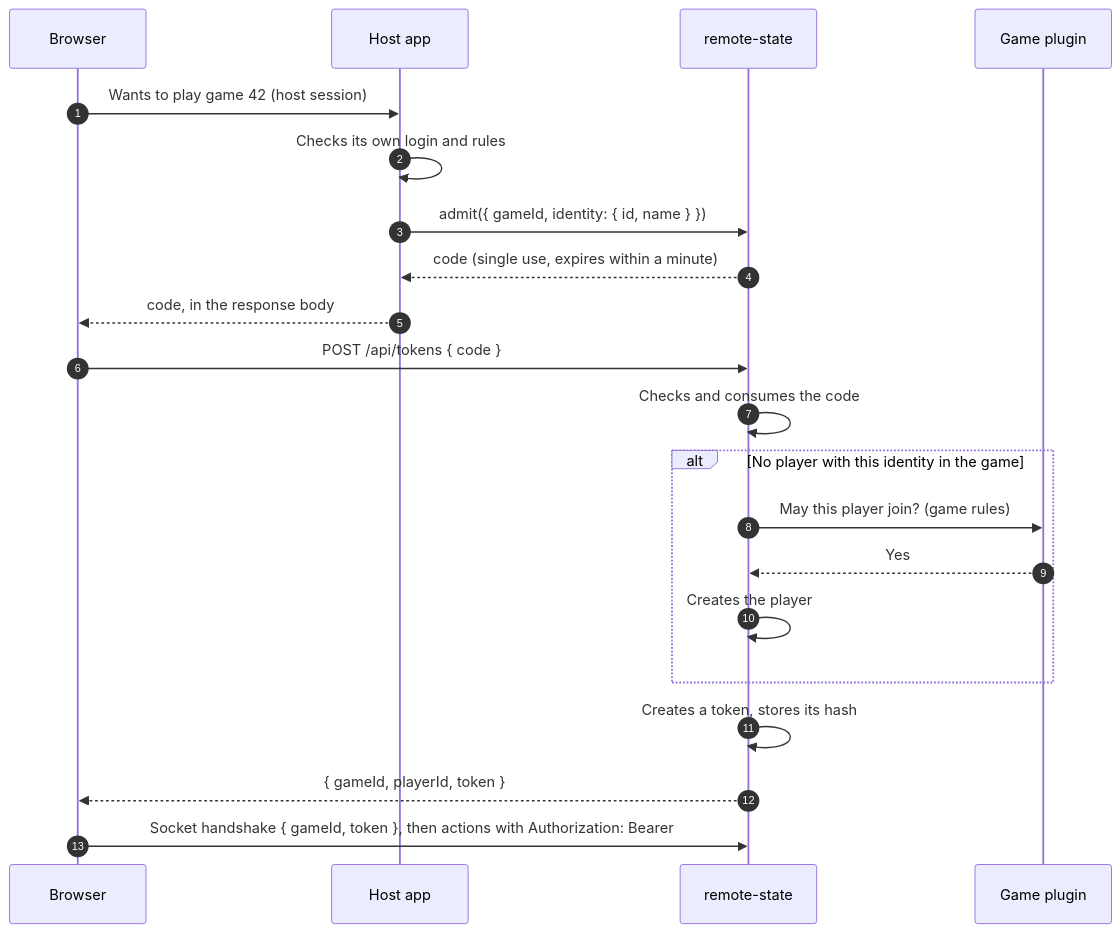
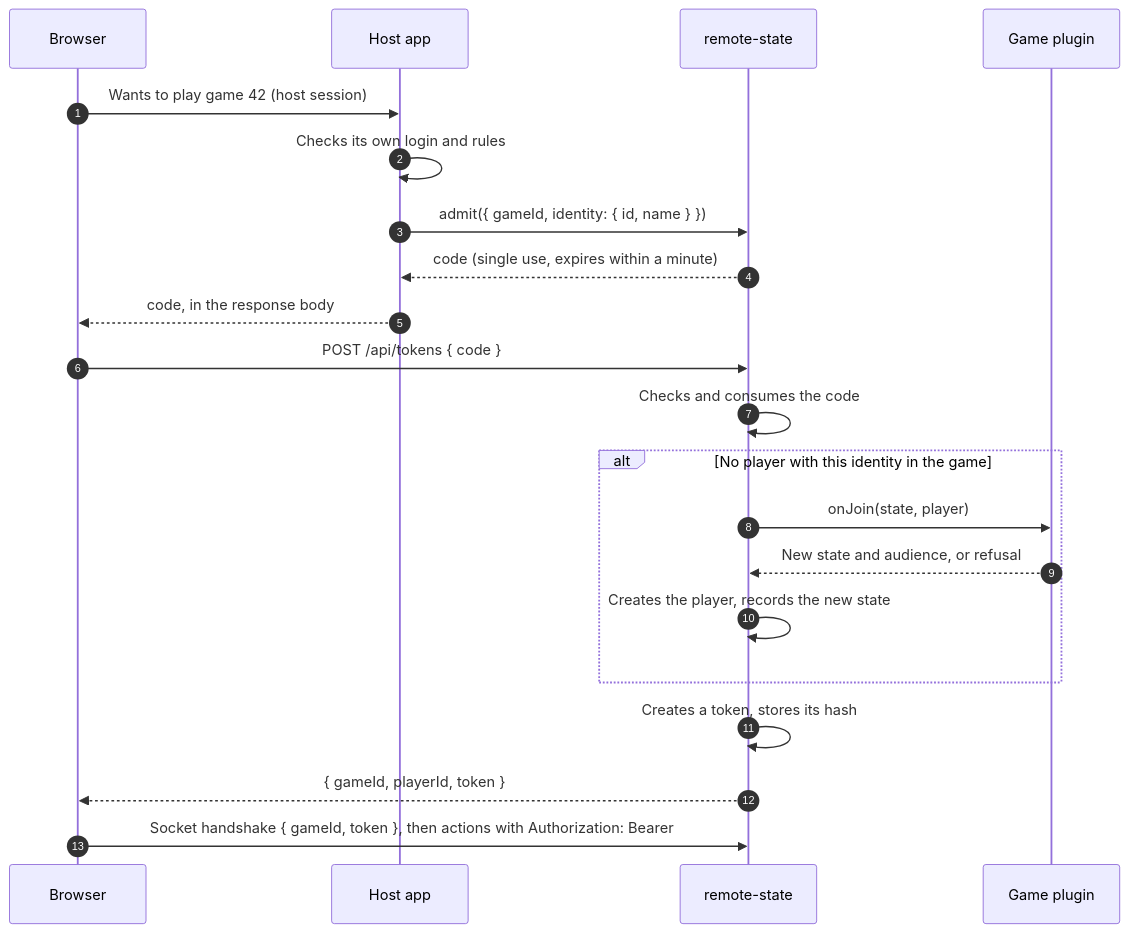
One commit to maltemuth/remote-state changed the diagram in docs/explanation/designs/authorization.md. Above: the diagram before and after it, drawn with Mermaid. The commit also changed other lines of this file, not shown here.

Commit message:
Authorization proposal: join hook in the diagram; spectators settled via audiences

````diff
--- a/docs/explanation/designs/authorization.md
+++ b/docs/explanation/designs/authorization.md
@@ -33,24 +33,24 @@
 ```mermaid
 sequenceDiagram
     autonumber
     participant B as Browser
     participant H as Host app
     participant L as remote-state
     participant G as Game plugin
 
     B->>H: Wants to play game 42 (host session)
     H->>H: Checks its own login and rules
     H->>L: admit({ gameId, identity: { id, name } })
     L-->>H: code (single use, expires within a minute)
     H-->>B: code, in the response body
     B->>L: POST /api/tokens { code }
     L->>L: Checks and consumes the code
     alt No player with this identity in the game
-        L->>G: May this player join? (game rules)
-        G-->>L: Yes
-        L->>L: Creates the player
+        L->>G: onJoin(state, player)
+        G-->>L: New state and audience, or refusal
+        L->>L: Creates the player, records the new state
     end
     L->>L: Creates a token, stores its hash
     L-->>B: { gameId, playerId, token }
     B->>L: Socket handshake { gameId, token }, then actions with Authorization: Bearer
 ```
````
